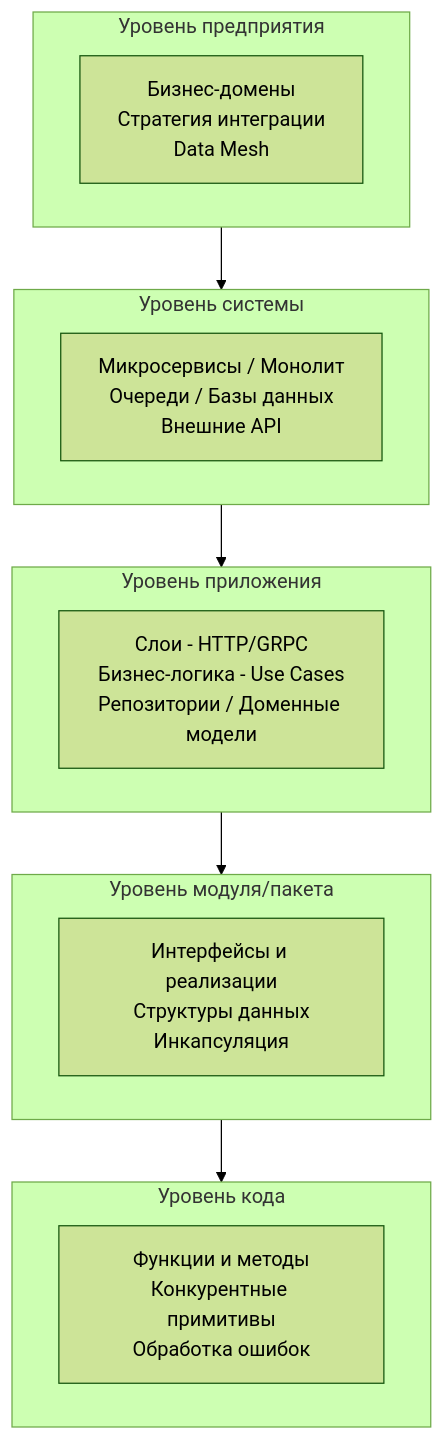
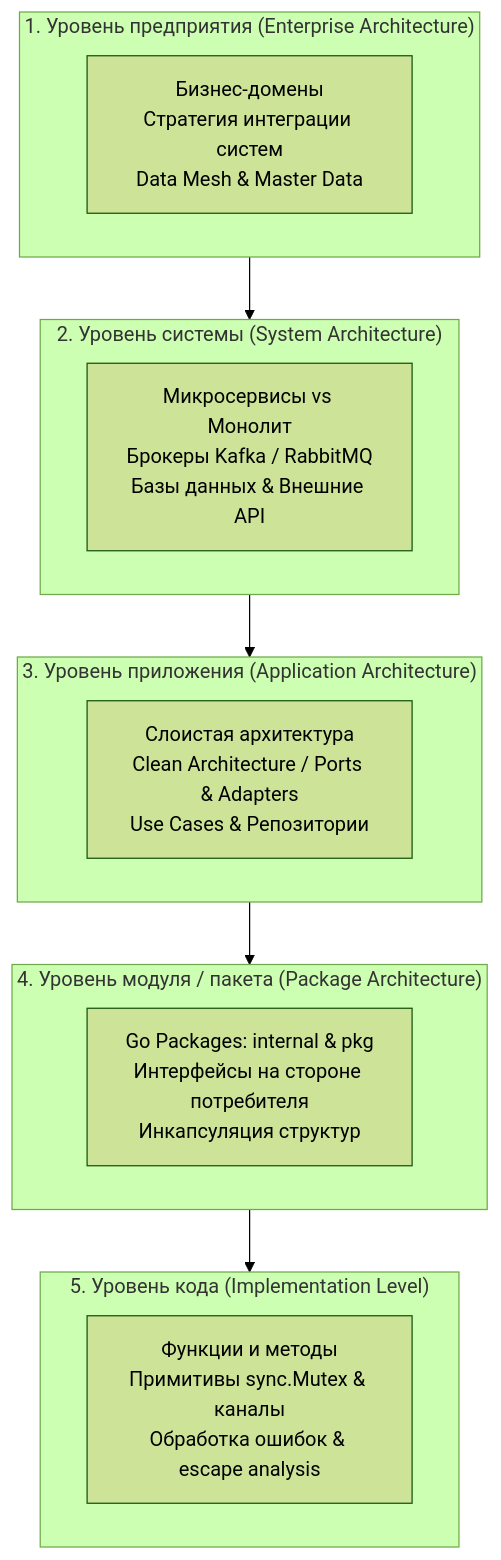
The first of 3 diagrams in sources/11. Архитектура и System Design/2. Что такое архитектура. Уровни абстракции и границы системы.md (UnrealTemplier/go-textbook), drawn with Mermaid (forest theme) before and after one commit. The commit also changed other lines of this file, not shown here.

Commit message:
feat(module-11): editorial rewrite of lecture 2 in Kernighan style

````diff
--- a/sources/11. Архитектура и System Design/2. Что такое архитектура. Уровни абстракции и границы системы.md
+++ b/sources/11. Архитектура и System Design/2. Что такое архитектура. Уровни абстракции и границы системы.md
@@ -25,24 +36,24 @@
 ```mermaid
 flowchart TD
-    subgraph Enterprise["Уровень предприятия"]
-        E1["Бизнес-домены<br>Стратегия интеграции<br>Data Mesh"]
+    subgraph Enterprise["1. Уровень предприятия (Enterprise Architecture)"]
+        E1["Бизнес-домены<br>Стратегия интеграции систем<br>Data Mesh & Master Data"]
     end
 
-    subgraph System["Уровень системы"]
-        S1["Микросервисы / Монолит<br>Очереди / Базы данных<br>Внешние API"]
+    subgraph System["2. Уровень системы (System Architecture)"]
+        S1["Микросервисы vs Монолит<br>Брокеры Kafka / RabbitMQ<br>Базы данных & Внешние API"]
     end
 
-    subgraph Application["Уровень приложения"]
-        A1["Слои - HTTP/GRPC<br>Бизнес-логика - Use Cases<br>Репозитории / Доменные модели"]
+    subgraph Application["3. Уровень приложения (Application Architecture)"]
+        A1["Слоистая архитектура<br>Clean Architecture / Ports & Adapters<br>Use Cases & Репозитории"]
     end
 
-    subgraph Module["Уровень модуля/пакета"]
-        M1["Интерфейсы и реализации<br>Структуры данных<br>Инкапсуляция"]
+    subgraph Module["4. Уровень модуля / пакета (Package Architecture)"]
+        M1["Go Packages: internal & pkg<br>Интерфейсы на стороне потребителя<br>Инкапсуляция структур"]
     end
 
-    subgraph Code["Уровень кода"]
-        C1["Функции и методы<br>Конкурентные примитивы<br>Обработка ошибок"]
+    subgraph Code["5. Уровень кода (Implementation Level)"]
+        C1["Функции и методы<br>Примитивы sync.Mutex & каналы<br>Обработка ошибок & escape analysis"]
     end
 
     Enterprise --> System --> Application --> Module --> Code
 ```
````
